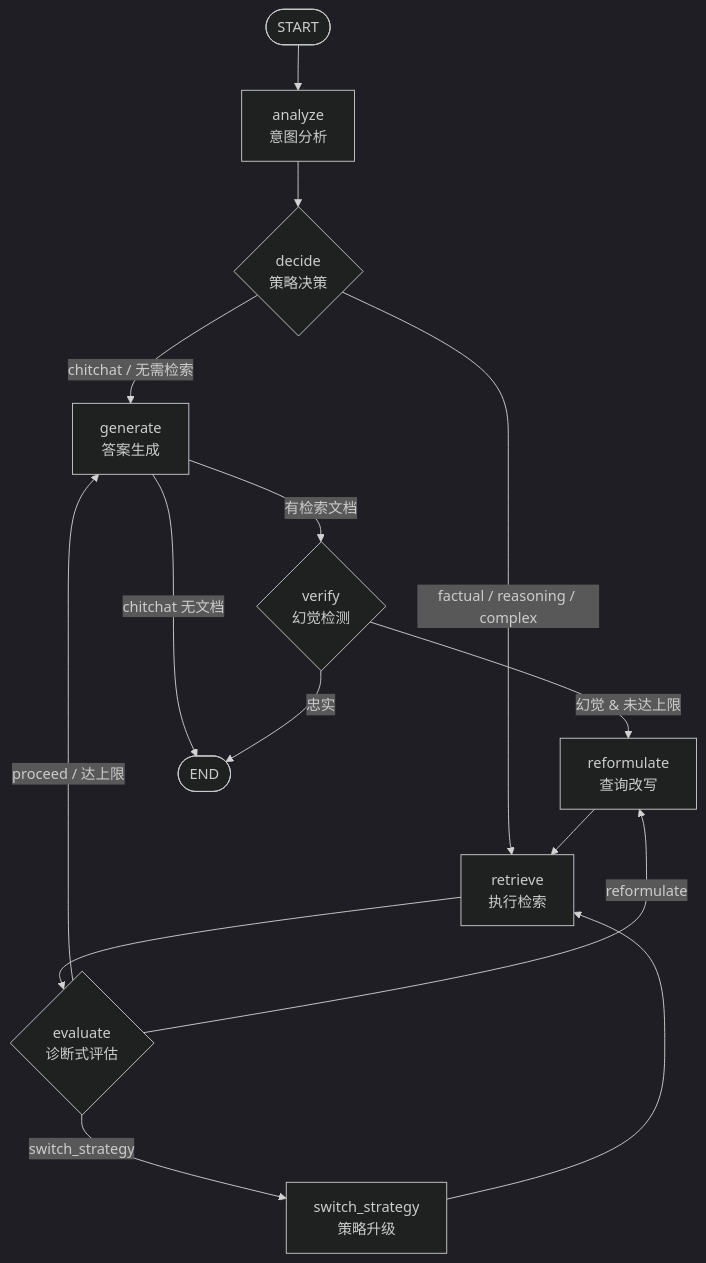
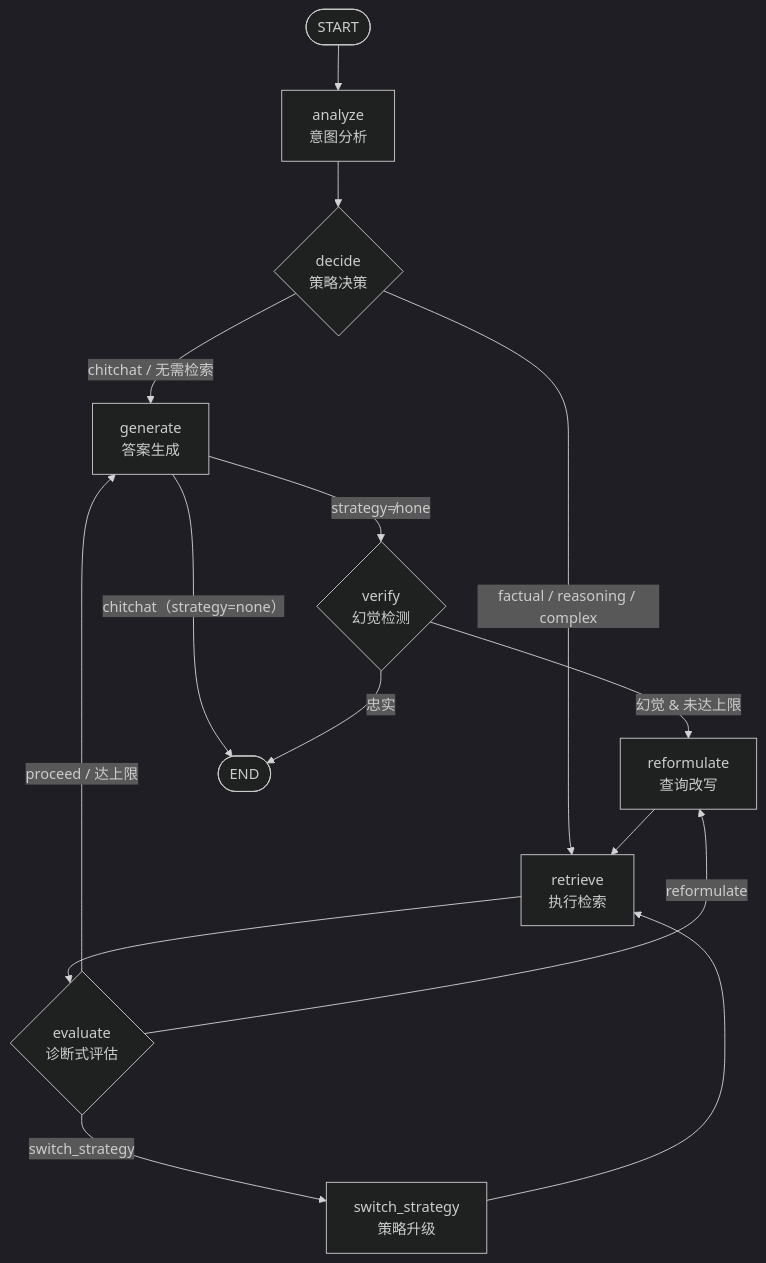
Before and after one commit to yyc2417/RAGForge: the diagram in README.md, drawn with Mermaid (dark theme). The commit also changed other lines of this file and 19 other files, not shown here.

````diff
--- a/README.md
+++ b/README.md
@@ -13,17 +13,17 @@
 ```mermaid
 flowchart TD
     START([START]) --> analyze[analyze<br/>意图分析]
     analyze --> decide{decide<br/>策略决策}
     decide -->|chitchat / 无需检索| generate[generate<br/>答案生成]
     decide -->|factual / reasoning / complex| retrieve[retrieve<br/>执行检索]
     retrieve --> evaluate{evaluate<br/>诊断式评估}
     evaluate -->|proceed / 达上限| generate
     evaluate -->|reformulate| reformulate[reformulate<br/>查询改写]
     evaluate -->|switch_strategy| switch[switch_strategy<br/>策略升级]
     reformulate --> retrieve
     switch --> retrieve
-    generate -->|有检索文档| verify{verify<br/>幻觉检测}
-    generate -->|chitchat 无文档| END([END])
+    generate -->|strategy≠none| verify{verify<br/>幻觉检测}
+    generate -->|chitchat（strategy=none）| END([END])
     verify -->|忠实| END
     verify -->|幻觉 & 未达上限| reformulate
 ```
````
